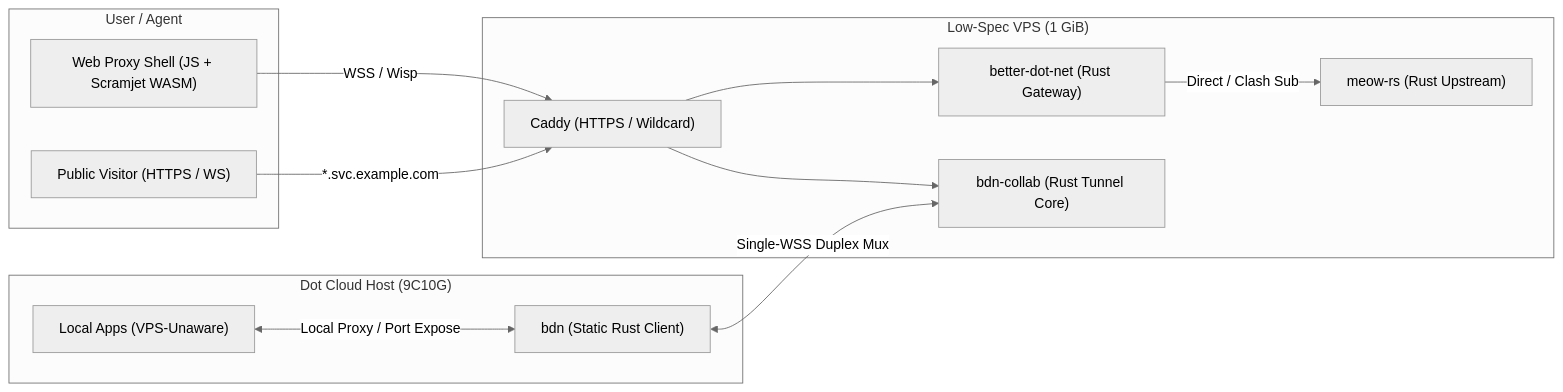
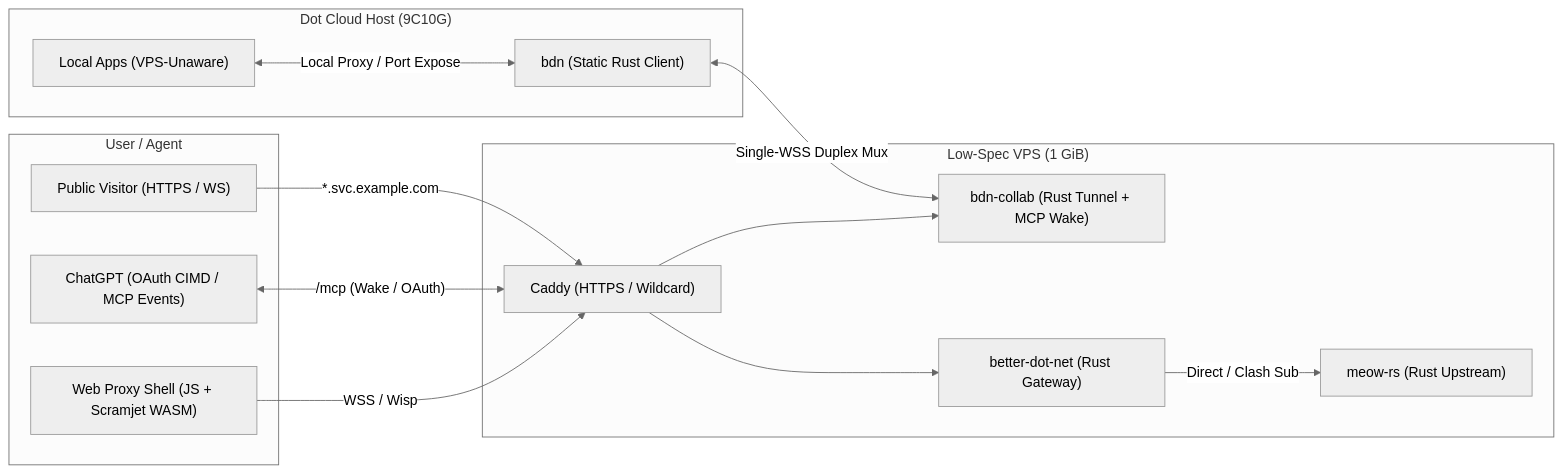
One commit to Iris86901/better-dot-net changed the diagram in README.md. Above: the diagram before and after it, drawn with Mermaid (neutral theme). The commit also changed other lines of this file and 247 other files, not shown here.

````diff
--- a/README.md
+++ b/README.md
@@ -62,27 +74,29 @@
 ```mermaid
 flowchart LR
     subgraph Client["User / Agent"]
+        Visitor["Public Visitor (HTTPS / WS)"]
+        MCP["ChatGPT (OAuth CIMD / MCP Events)"]
         Browser["Web Proxy Shell (JS + Scramjet WASM)"]
-        Visitor["Public Visitor (HTTPS / WS)"]
     end
 
     subgraph VPS["Low-Spec VPS (1 GiB)"]
         Caddy["Caddy (HTTPS / Wildcard)"]
+        Collab["bdn-collab (Rust Tunnel + MCP Wake)"]
         Basic["better-dot-net (Rust Gateway)"]
         Meow["meow-rs (Rust Upstream)"]
-        Collab["bdn-collab (Rust Tunnel Core)"]
     end
 
     subgraph DotHost["Dot Cloud Host (9C10G)"]
         BDN["bdn (Static Rust Client)"]
         App["Local Apps (VPS-Unaware)"]
     end
 
+    Visitor -- "*.svc.example.com" --> Caddy
+    MCP <-- "/mcp (Wake / OAuth)" --> Caddy
     Browser -- "WSS / Wisp" --> Caddy
-    Visitor -- "*.svc.example.com" --> Caddy
-    Caddy --> Basic
-    Basic -- "Direct / Clash Sub" --> Meow
     Caddy --> Collab
     BDN <-- "Single-WSS Duplex Mux" --> Collab
     App <-- "Local Proxy / Port Expose" --> BDN
+    Caddy --> Basic
+    Basic -- "Direct / Clash Sub" --> Meow
 ```
````
